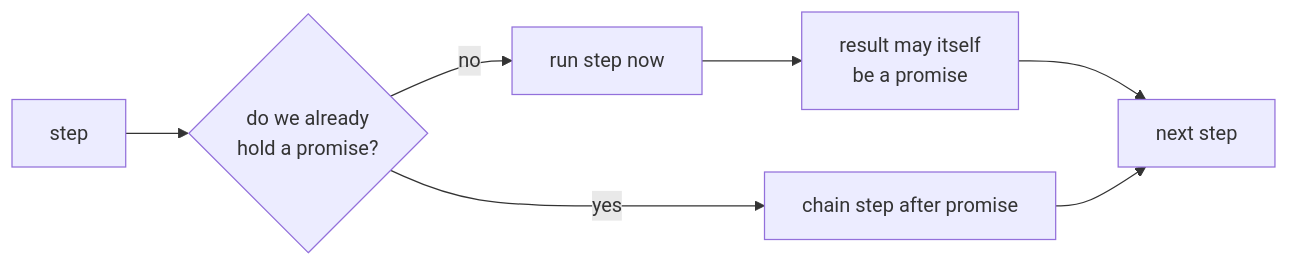
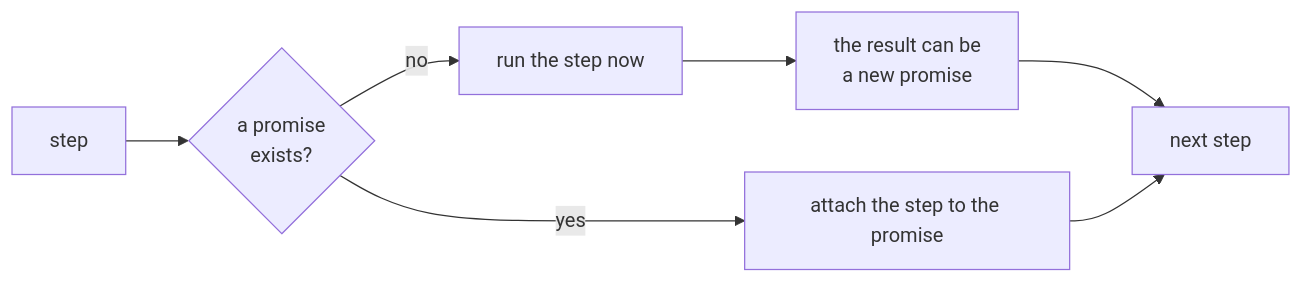
The third of 3 diagrams in docs/examples/commander/.cluedoc/command-model/action-lifecycle/README.md (KeunwooPark/cluedoc), drawn with Mermaid before and after one commit. The commit also changed other lines of this file and 22 other files, not shown here.

````diff
--- a/docs/examples/commander/.cluedoc/command-model/action-lifecycle/README.md
+++ b/docs/examples/commander/.cluedoc/command-model/action-lifecycle/README.md
@@ -54,9 +76,9 @@
 ```mermaid
 flowchart LR
-    S1["step"] --> Q{"do we already<br/>hold a promise?"}
-    Q -- no --> RUN["run step now"]
-    Q -- yes --> CHAIN["chain step after promise"]
-    RUN --> R2["result may itself<br/>be a promise"]
+    S1["step"] --> Q{"a promise<br/>exists?"}
+    Q -- no --> RUN["run the step now"]
+    Q -- yes --> CHAIN["attach the step to the promise"]
+    RUN --> R2["the result can be<br/>a new promise"]
     R2 --> NEXT["next step"]
     CHAIN --> NEXT
 ```
````
